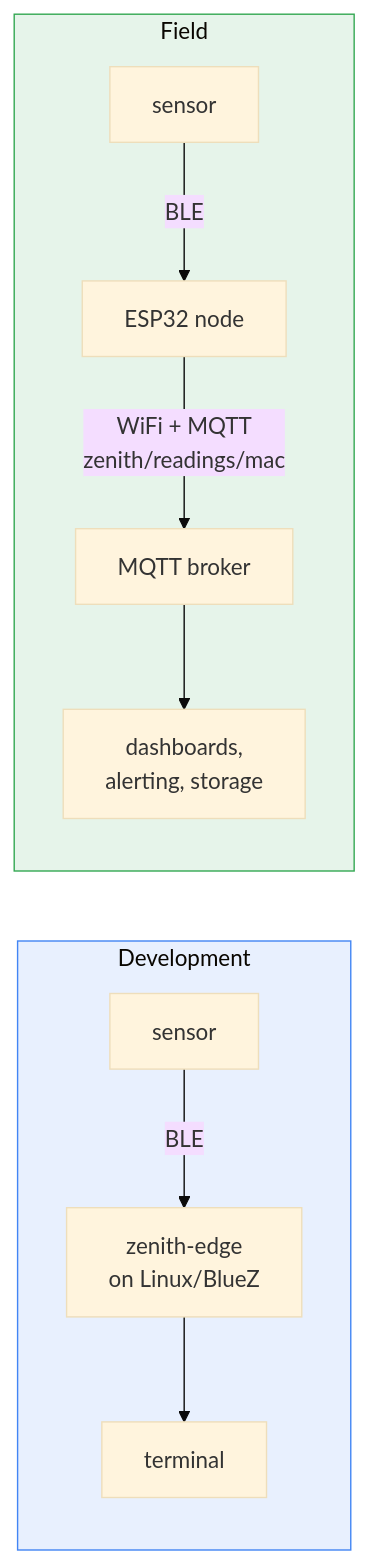
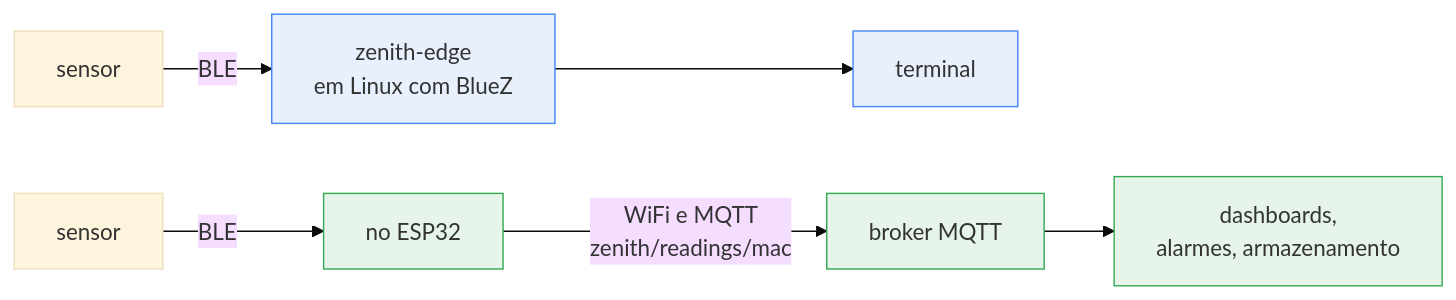
The fourth of 4 diagrams in docs/architecture.md (NatanBack77/zenith-edge-collector), drawn with Mermaid (base theme) before and after one commit. The commit also changed other lines of this file and 4 other files, not shown here.

First line of the commit message:
Traduz documentação para português e conserta diagramas mermaid

````diff
--- a/docs/architecture.md
+++ b/docs/architecture.md
@@ -139,15 +150,22 @@
 ```mermaid
 flowchart LR
-    subgraph DEV["Development"]
-        S1["sensor"] -->|BLE| GO["zenith-edge<br/>on Linux/BlueZ"] --> TERM["terminal"]
-    end
+    S1["sensor"]
+    GO["zenith-edge<br/>em Linux com BlueZ"]
+    TERM["terminal"]
+    S2["sensor"]
+    ESP["no ESP32"]
+    BROKER["broker MQTT"]
+    APPS["dashboards,<br/>alarmes, armazenamento"]
 
-    subgraph FIELD["Field"]
-        S2["sensor"] -->|BLE| ESP["ESP32 node"]
-        ESP -->|"WiFi + MQTT<br/>zenith/readings/mac"| BROKER["MQTT broker"]
-        BROKER --> APPS["dashboards,<br/>alerting, storage"]
-    end
+    S1 -->|BLE| GO
+    GO --> TERM
+    S2 -->|BLE| ESP
+    ESP -->|"WiFi e MQTT<br/>zenith/readings/mac"| BROKER
+    BROKER --> APPS
 
-    style DEV fill:#e8f0fe,stroke:#4285f4
-    style FIELD fill:#e6f4ea,stroke:#34a853
+    style GO fill:#e8f0fe,stroke:#4285f4
+    style TERM fill:#e8f0fe,stroke:#4285f4
+    style ESP fill:#e6f4ea,stroke:#34a853
+    style BROKER fill:#e6f4ea,stroke:#34a853
+    style APPS fill:#e6f4ea,stroke:#34a853
 ```
````
